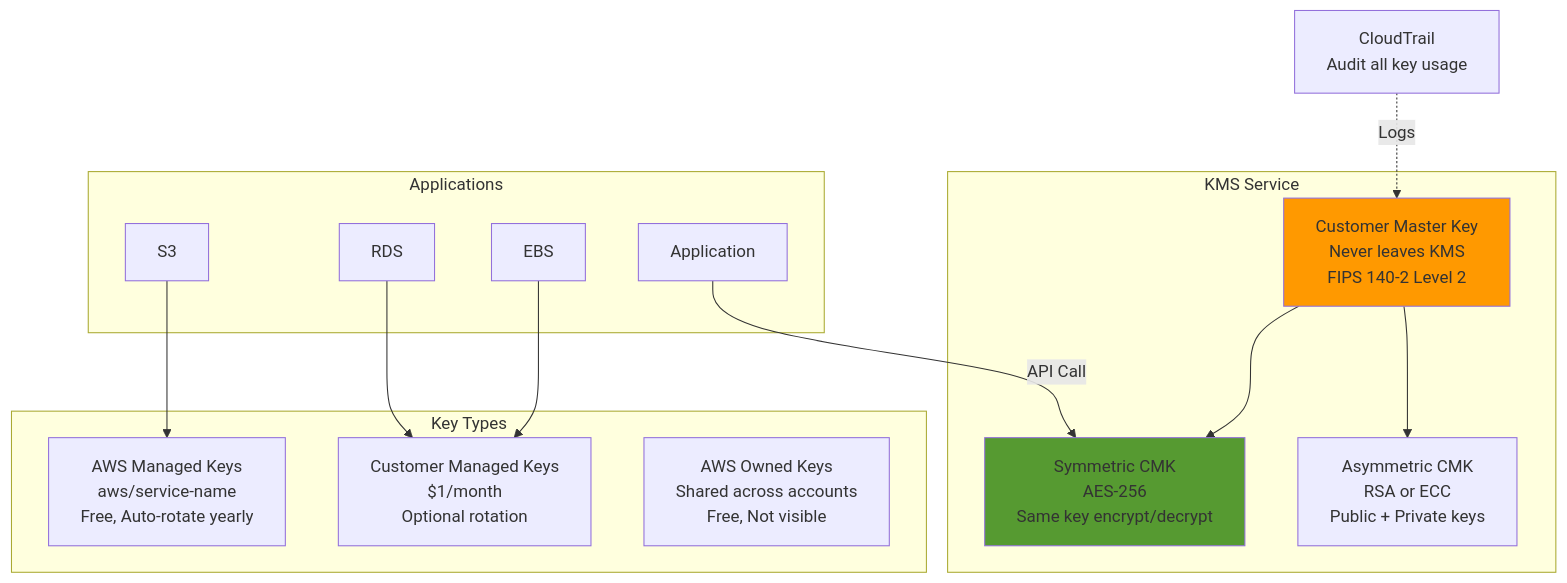
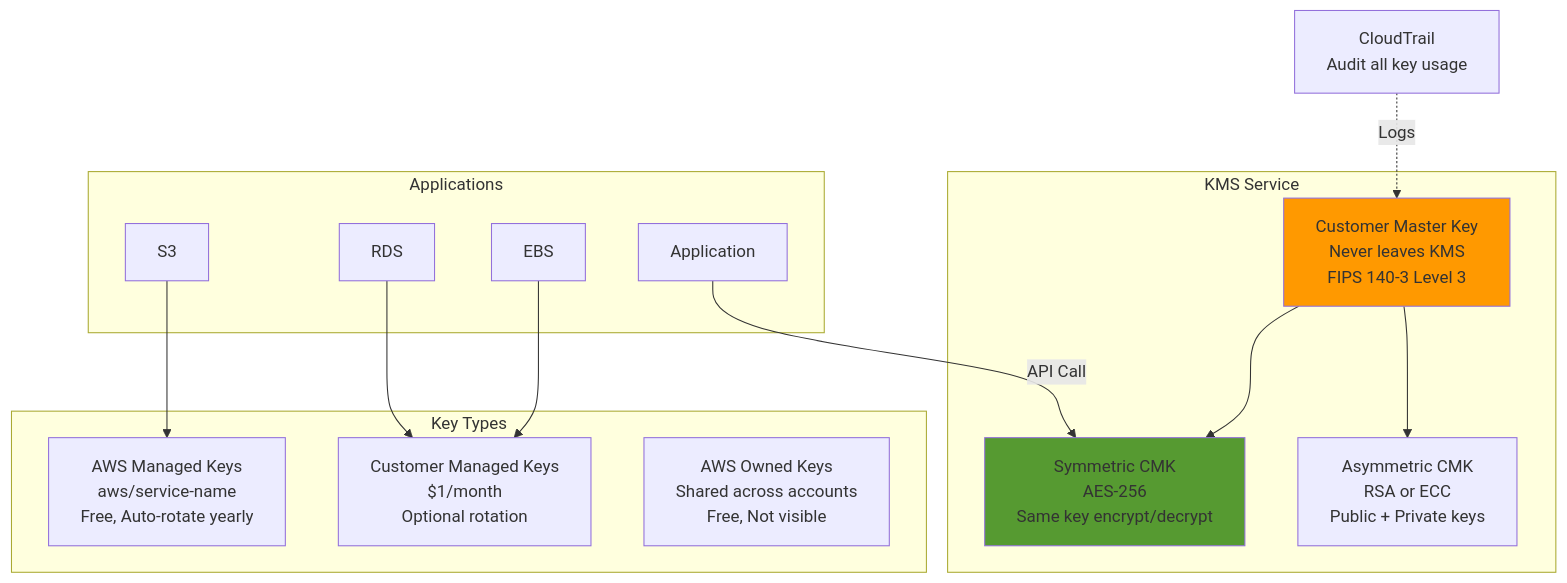
One commit to ChathurangaVKD/AWS-Certified-Solutions-Architect-Associate-SAA-C03 changed the first of 15 diagrams in 07-Security/DIAGRAMS.md. Above: the diagram before and after it, drawn with Mermaid. The commit also changed other lines of this file and 14 other files, not shown here.

````diff
--- a/07-Security/DIAGRAMS.md
+++ b/07-Security/DIAGRAMS.md
@@ -7,37 +7,37 @@
 ```mermaid
 graph TB
     subgraph KMS_Service_Group["KMS Service"]
-        CMK["Customer Master Key<br/>Never leaves KMS<br/>FIPS 140-2 Level 2"]
+        CMK["Customer Master Key<br/>Never leaves KMS<br/>FIPS 140-3 Level 3"]
         
         Symmetric["Symmetric CMK<br/>AES-256<br/>Same key encrypt/decrypt"]
         Asymmetric["Asymmetric CMK<br/>RSA or ECC<br/>Public + Private keys"]
         
         CMK --> Symmetric
         CMK --> Asymmetric
     end
     
     subgraph Key_Types_Group["Key Types"]
         AWSManaged["AWS Managed Keys<br/>aws/service-name<br/>Free, Auto-rotate yearly"]
         CustomerManaged["Customer Managed Keys<br/>$1/month<br/>Optional rotation"]
         AWSOwned["AWS Owned Keys<br/>Shared across accounts<br/>Free, Not visible"]
     end
     
     subgraph Applications_Group["Applications"]
         App[Application]
         S3[S3]
         EBS[EBS]
         RDS[RDS]
     end
     
     App -->|API Call| Symmetric
     S3 --> AWSManaged
     EBS --> CustomerManaged
     RDS --> CustomerManaged
     
     CloudTrail["CloudTrail<br/>Audit all key usage"] -.Logs.-> CMK
     
     classDef style1 fill:#FF9900
     class CMK style1
     classDef style2 fill:#569A31
     class Symmetric style2
 ```
````
